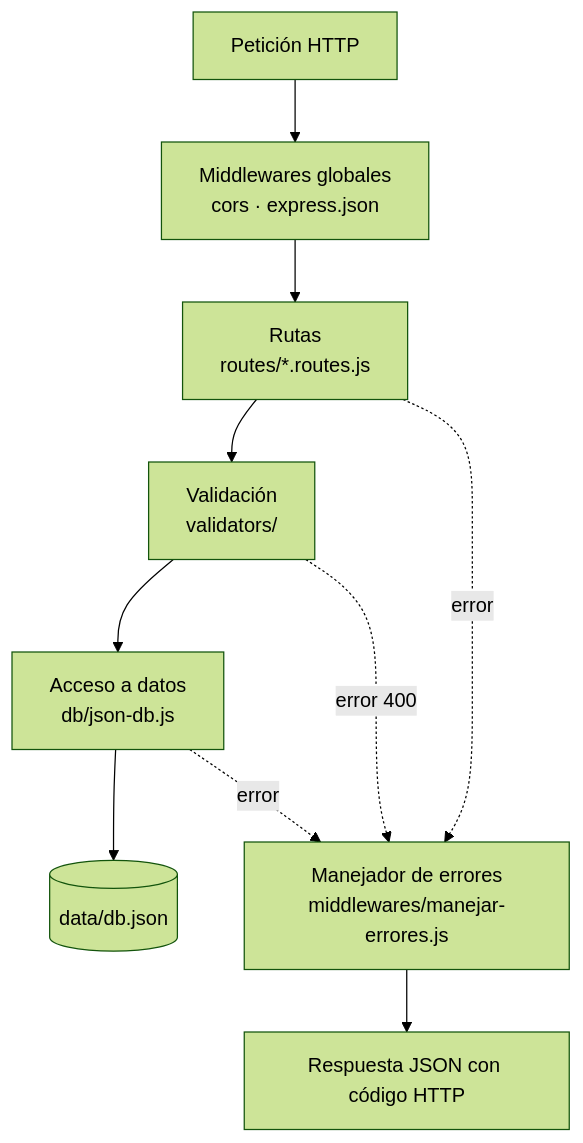
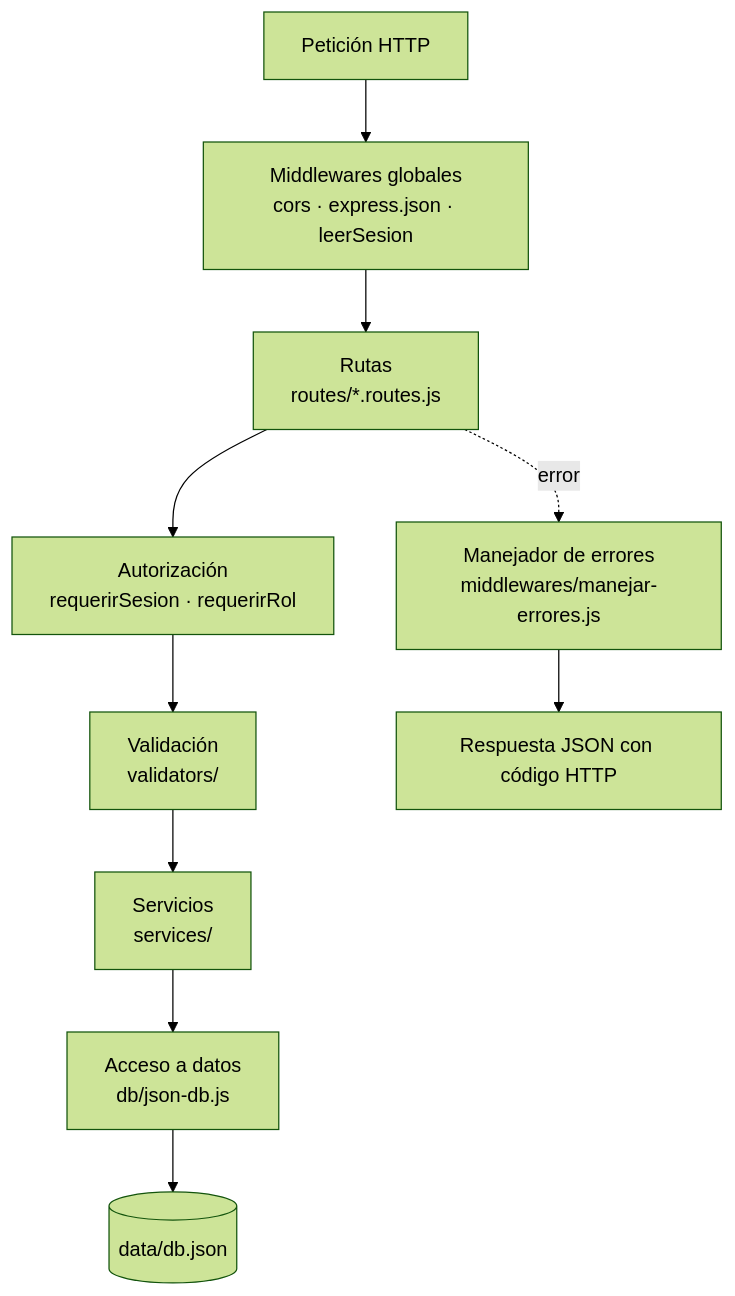
One commit to jesusmechan/pc2_javascript_avanzado changed the second of 3 diagrams in README.md. Above: the diagram before and after it, drawn with Mermaid (forest theme). The commit also changed other lines of this file and 108 other files, not shown here.

````diff
--- a/README.md
+++ b/README.md
@@ -66,12 +69,12 @@
 ```mermaid
 flowchart TD
-    R[Petición HTTP] --> M1["Middlewares globales<br/>cors · express.json"]
+    R[Petición HTTP] --> M1["Middlewares globales<br/>cors · express.json · leerSesion"]
     M1 --> RT["Rutas<br/>routes/*.routes.js"]
-    RT --> V["Validación<br/>validators/"]
-    V --> DB["Acceso a datos<br/>db/json-db.js"]
+    RT --> A["Autorización<br/>requerirSesion · requerirRol"]
+    A --> V["Validación<br/>validators/"]
+    V --> S["Servicios<br/>services/"]
+    S --> DB["Acceso a datos<br/>db/json-db.js"]
     DB --> J[(data/db.json)]
     RT -. "error" .-> EH["Manejador de errores<br/>middlewares/manejar-errores.js"]
-    V -. "error 400" .-> EH
-    DB -. "error" .-> EH
     EH --> RES[Respuesta JSON con código HTTP]
 ```
````
